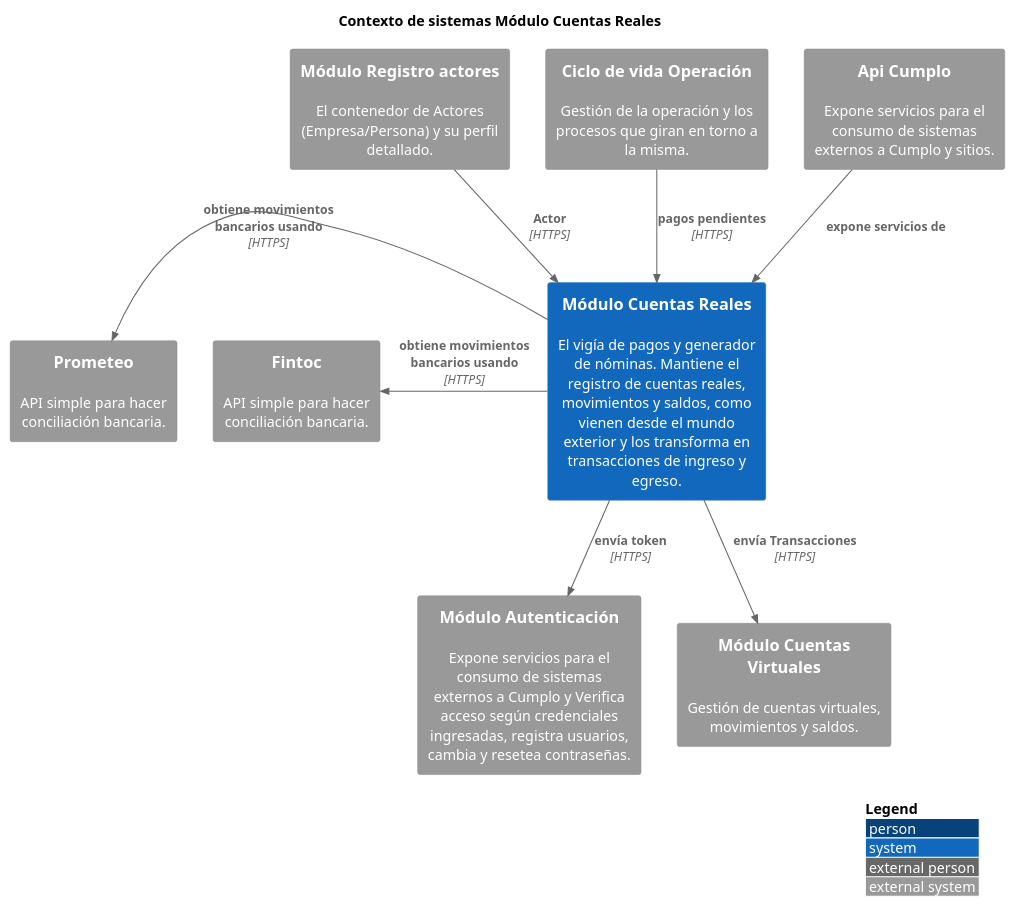
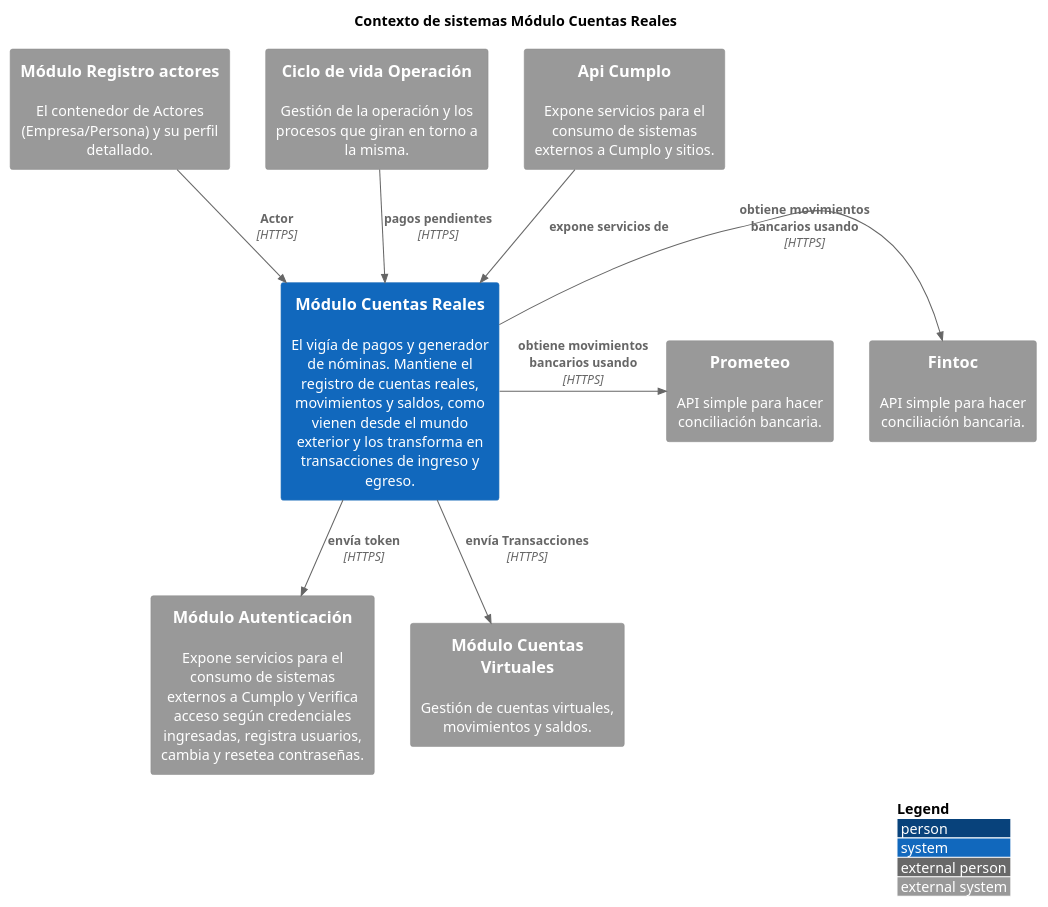
One commit to kpeet/koyweC4 changed the diagram in CuentasReales/ContextoCuentasReales.puml. Above: the diagram before and after it, drawn with PlantUML. The commit also changed 1 other file, not shown here.

Commit message:
detalles de presentacion de relaciones en cuentas reales

```diff
--- a/CuentasReales/ContextoCuentasReales.puml
+++ b/CuentasReales/ContextoCuentasReales.puml
@@ -1,38 +1,39 @@
 @startuml
 !include https://raw.githubusercontent.com/plantuml-stdlib/C4-PlantUML/master/C4_Context.puml
 ' uncomment the following line and comment the first to use locally
 ' !include C4_Context.puml
 
 LAYOUT_WITH_LEGEND()
 
 title Contexto de sistemas Módulo Cuentas Reales
 
 System( modulo_cuentas_reales, "Módulo Cuentas Reales", "El vigía de pagos y generador de nóminas. Mantiene el registro de cuentas reales, movimientos y saldos, como vienen desde el mundo exterior y los transforma en transacciones de ingreso y egreso.")
 
 
 System_Ext(modulo_autenticacion, "Módulo Autenticación", "Expone servicios para el consumo de sistemas externos a Cumplo y Verifica acceso según credenciales ingresadas, registra usuarios, cambia y resetea contraseñas.")
 System_Ext(modulo_registro_actores, "Módulo Registro actores", "El contenedor de Actores (Empresa/Persona) y su perfil detallado.")
 System_Ext(modulo_cuentas_virtuales, "Módulo Cuentas Virtuales", "Gestión de cuentas virtuales, movimientos y saldos.")
 System_Ext(modulo_operaciones, "Ciclo de vida Operación", "Gestión de la operación y los procesos que giran en torno a la misma.")
 System_Ext(modulo_api_cumplo, "Api Cumplo", "Expone servicios para el consumo de sistemas externos a Cumplo y sitios.")
 
 System_Ext(fintoc, "Fintoc", "API simple para hacer conciliación bancaria.")
 System_Ext(prometeo, "Prometeo", "API simple para hacer conciliación bancaria.")
 
 
 
 'Relaciones sistema/módulos
 
 Rel(modulo_registro_actores, modulo_cuentas_reales, "Actor", "HTTPS")
 Rel(modulo_cuentas_reales, modulo_cuentas_virtuales, "envía Transacciones", "HTTPS")
 Rel(modulo_operaciones, modulo_cuentas_reales, "pagos pendientes", "HTTPS")
 Rel(modulo_cuentas_reales, modulo_autenticacion, "envía token", "HTTPS")
 Rel(modulo_api_cumplo, modulo_cuentas_reales, "expone servicios de")
 
 'Relaciones módulos/sistemas externos
-Rel_L( modulo_cuentas_reales,fintoc, "obtiene movimientos bancarios usando", "HTTPS")
-Rel_L( modulo_cuentas_reales,prometeo, "obtiene movimientos bancarios usando", "HTTPS")
+Rel_R( modulo_cuentas_reales,fintoc, "obtiene movimientos bancarios usando", "HTTPS")
+Rel_R( modulo_cuentas_reales,prometeo, "obtiene movimientos bancarios usando", "HTTPS")
+
 
 
 
 @enduml
```
